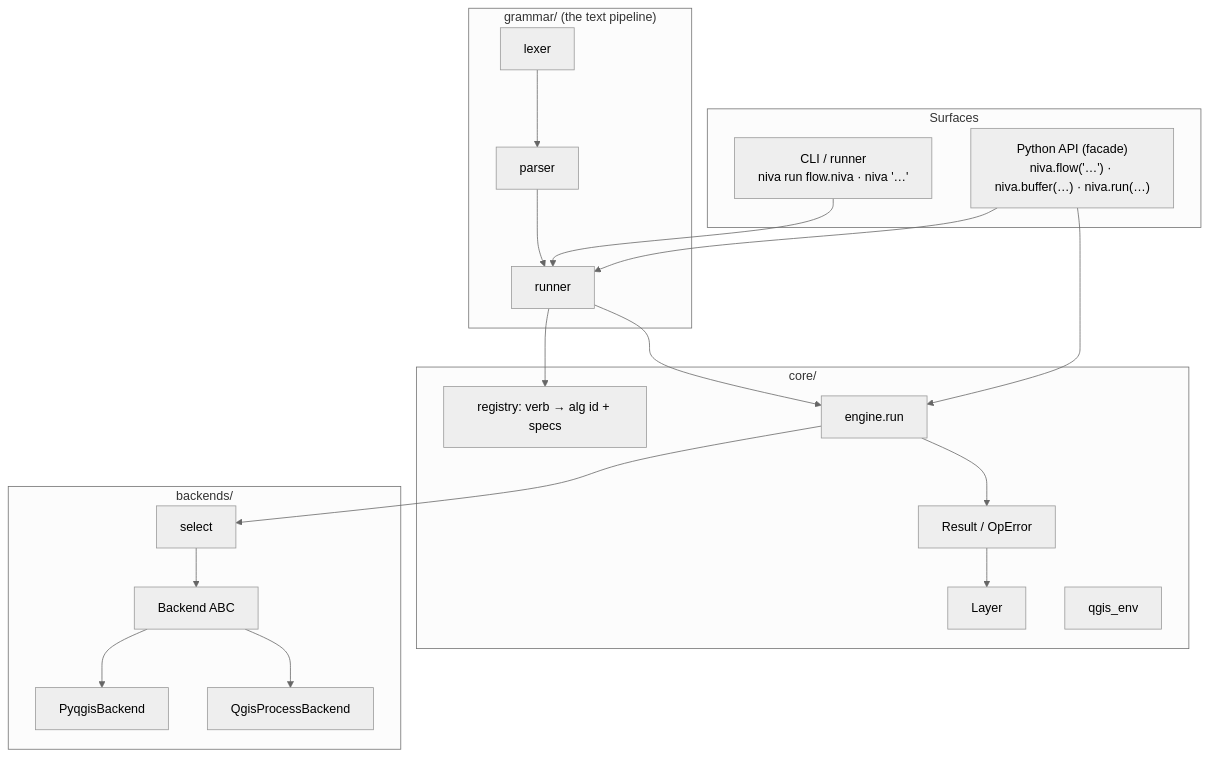
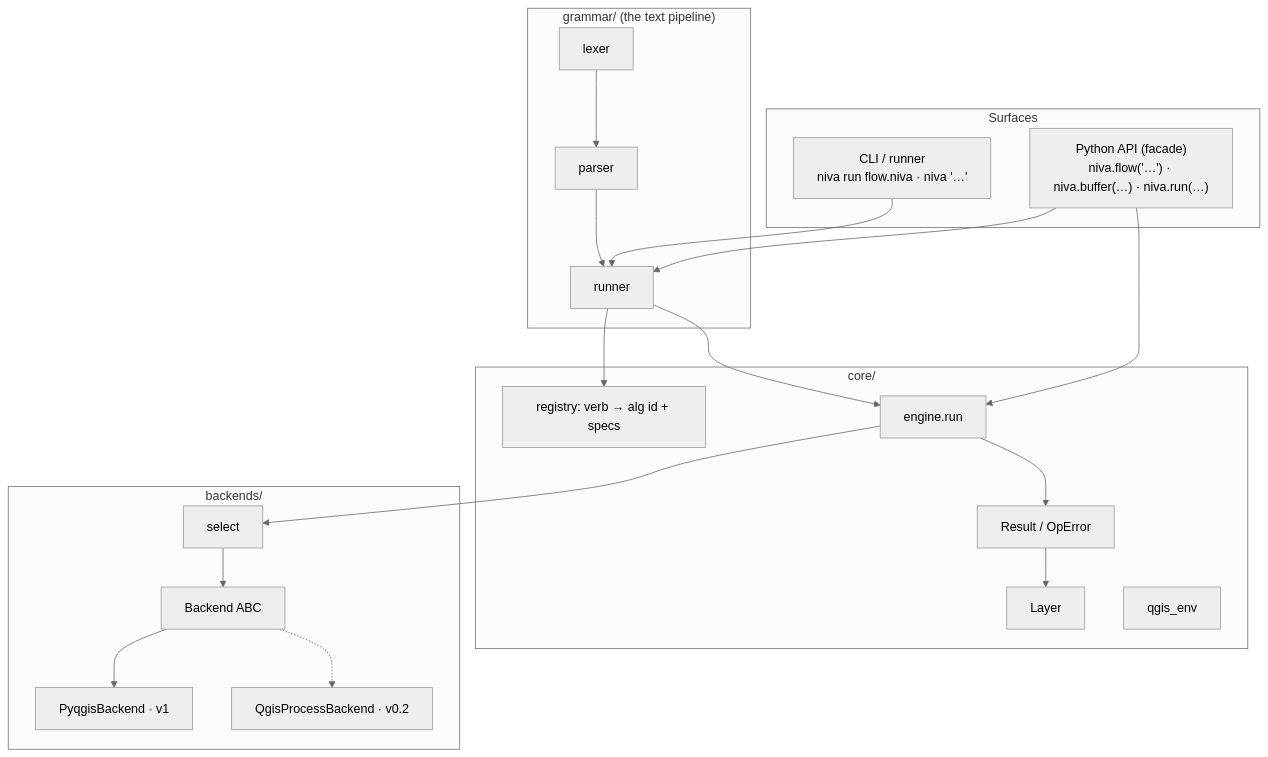
The first of 6 diagrams in planning/02-architecture.md (johnzastrow/niva), drawn with Mermaid (neutral theme) before and after one commit. The commit also changed other lines of this file and 6 other files, not shown here.

First line of the commit message:
docs(planning): pin v1 backend to PyQGIS-only

````diff
--- a/planning/02-architecture.md
+++ b/planning/02-architecture.md
@@ -8,30 +8,30 @@
 ```mermaid
 flowchart TD
     subgraph Surfaces
       CLI["CLI / runner<br/>niva run flow.niva · niva '…'"]
       API["Python API (facade)<br/>niva.flow('…') · niva.buffer(…) · niva.run(…)"]
     end
     subgraph Grammar["grammar/  (the text pipeline)"]
       LEX[lexer] --> PAR[parser] --> RUN[runner]
     end
     subgraph Core["core/"]
       REG[registry: verb → alg id + specs]
       ENG[engine.run]
       LAYER[Layer] 
       RES[Result / OpError]
       QENV[qgis_env]
     end
     subgraph Backends["backends/"]
       SEL[select] --> BASE[Backend ABC]
-      BASE --> PQ[PyqgisBackend]
-      BASE --> QP[QgisProcessBackend]
+      BASE --> PQ[PyqgisBackend · v1]
+      BASE -.-> QP[QgisProcessBackend · v0.2]
     end
     CLI --> RUN
     API --> RUN
     API --> ENG
     RUN --> REG
     RUN --> ENG
     ENG --> SEL
     ENG --> RES
     RES --> LAYER
 ```
````
